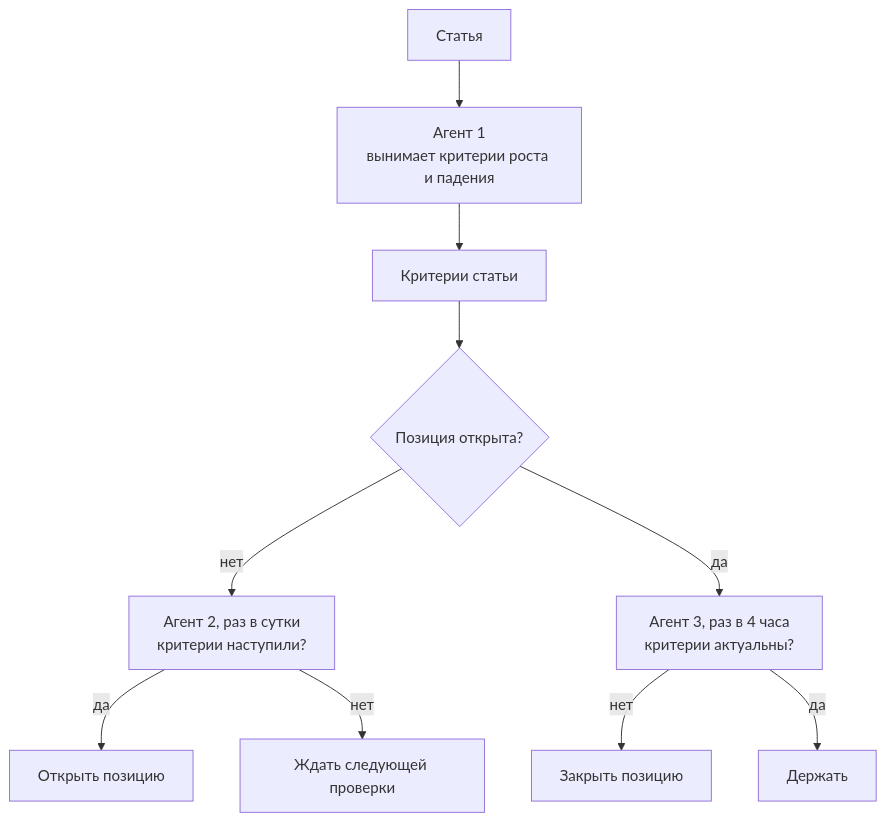
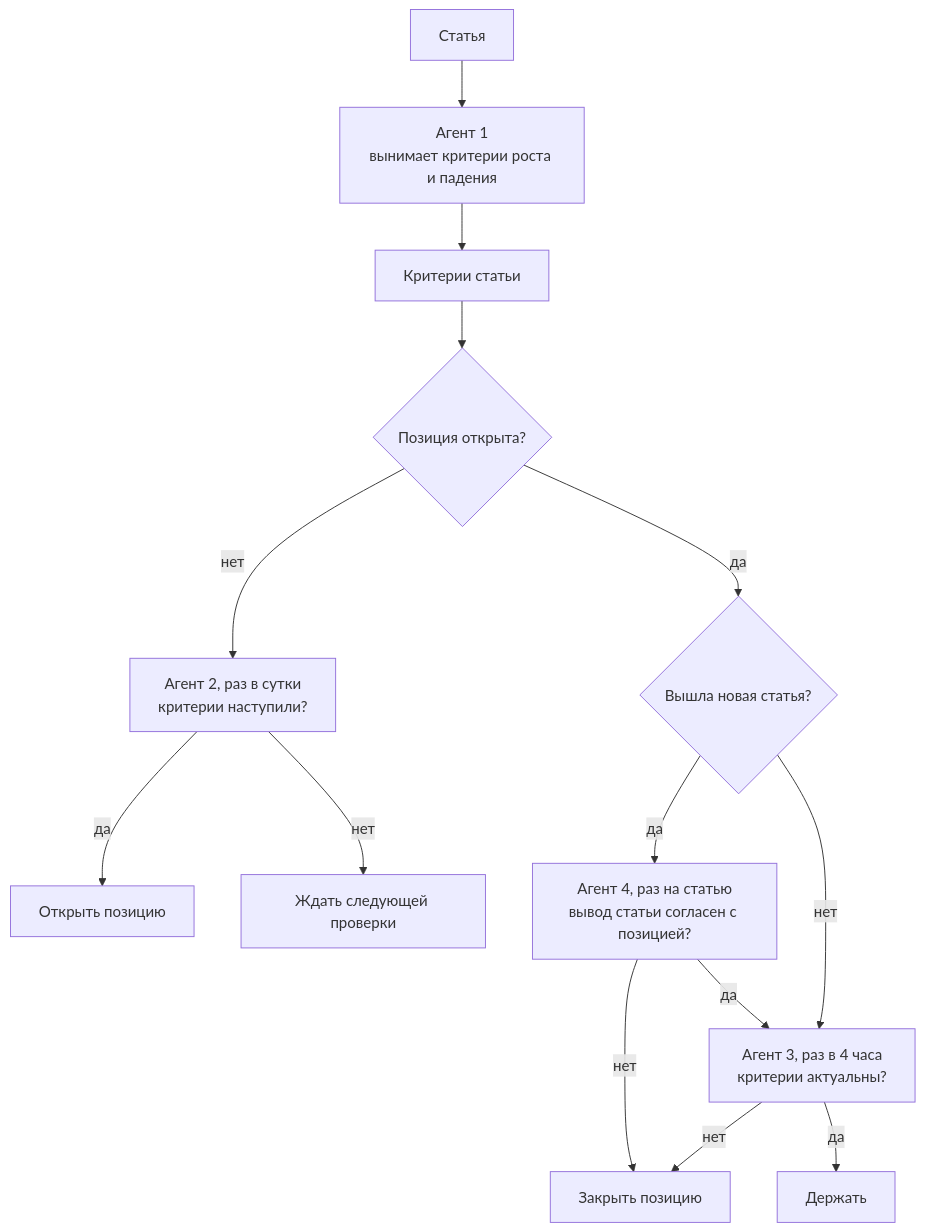
The diagram in docs/AGENT.md (backtest-kit/backtest-news-claims), drawn with Mermaid before and after one commit. The commit also changed other lines of this file and 7 other files, not shown here.

````diff
--- a/docs/AGENT.md
+++ b/docs/AGENT.md
@@ -7,12 +7,16 @@
 ```mermaid
 flowchart TD
     A["Статья"] --> L1["Агент 1<br/>вынимает критерии роста и падения"]
     L1 --> C["Критерии статьи"]
     C --> Q{"Позиция открыта?"}
     Q -- нет --> L2["Агент 2, раз в сутки<br/>критерии наступили?"]
-    Q -- да --> L3["Агент 3, раз в 4 часа<br/>критерии актуальны?"]
+    Q -- да --> N{"Вышла новая статья?"}
+    N -- да --> L4["Агент 4, раз на статью<br/>вывод статьи согласен с позицией?"]
+    N -- нет --> L3["Агент 3, раз в 4 часа<br/>критерии актуальны?"]
+    L4 -- нет --> X
+    L4 -- да --> L3
     L2 -- да --> O["Открыть позицию"]
     L2 -- нет --> W["Ждать следующей проверки"]
     L3 -- нет --> X["Закрыть позицию"]
     L3 -- да --> H["Держать"]
 ```
````
